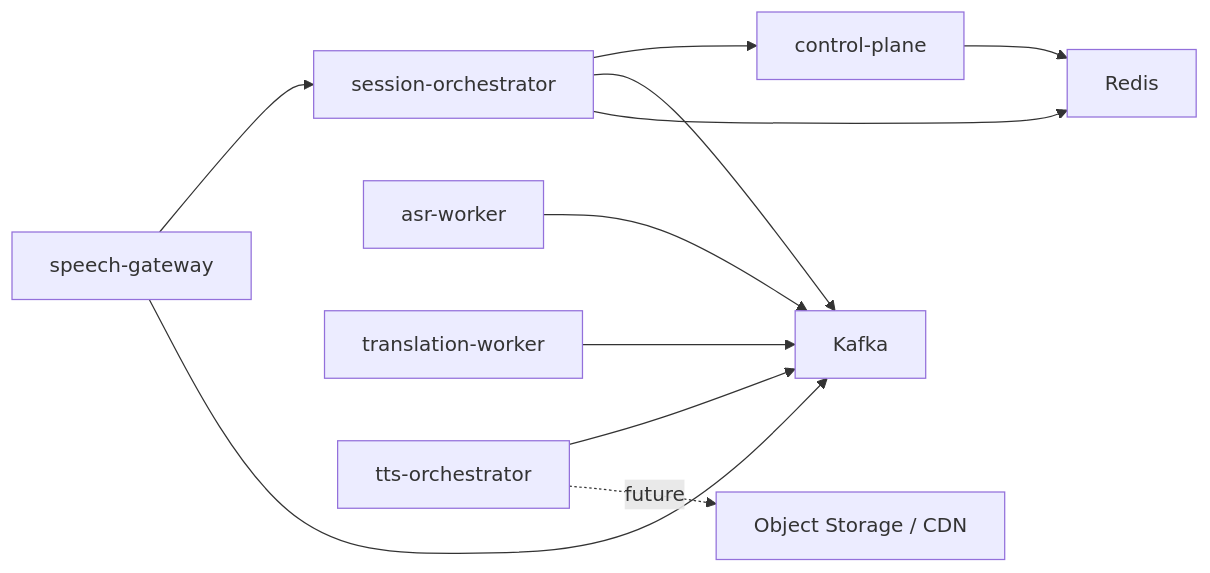
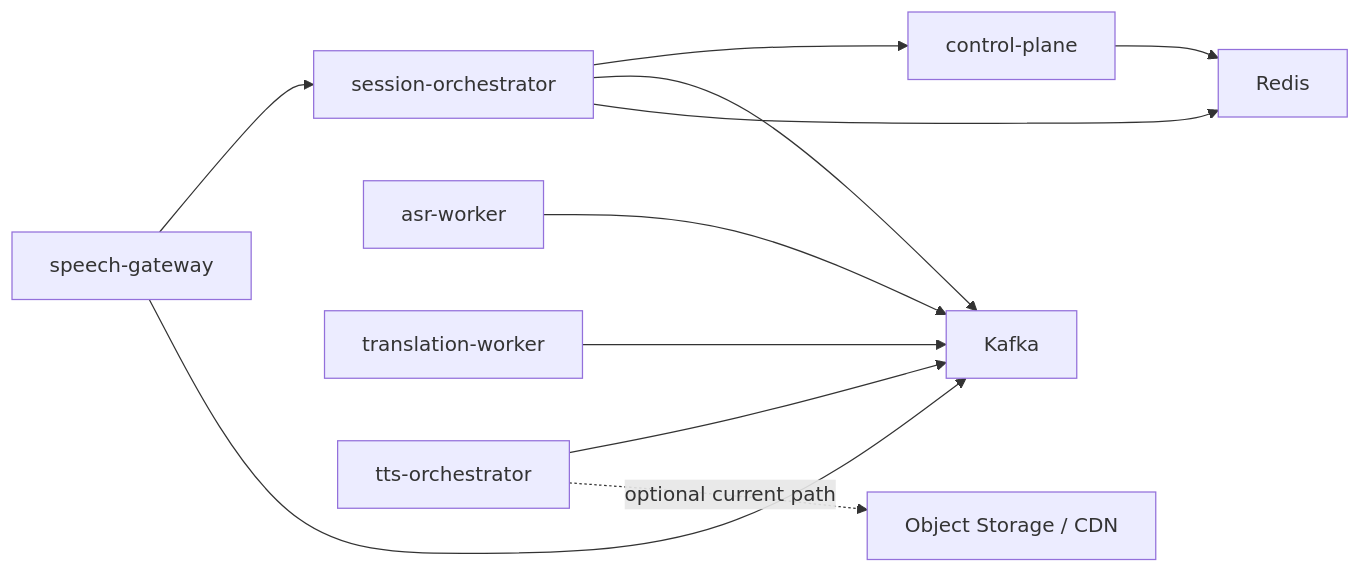
The diagram in docs/services.md (reSipWebRTC/kafka-as), drawn with Mermaid before and after one commit. The commit also changed other lines of this file and 4 other files, not shown here.

Commit message:
docs: sync roadmap and architecture truth

````diff
--- a/docs/services.md
+++ b/docs/services.md
@@ -210,13 +210,13 @@
 ```mermaid
 flowchart LR
     G["speech-gateway"] --> O["session-orchestrator"]
     O --> CP["control-plane"]
     G --> K["Kafka"]
     O --> K
     O --> R["Redis"]
     CP --> R
     A["asr-worker"] --> K
     T["translation-worker"] --> K
     TS["tts-orchestrator"] --> K
-    TS -. "future" .-> OSS["Object Storage / CDN"]
+    TS -. "optional current path" .-> OSS["Object Storage / CDN"]
 ```
````
